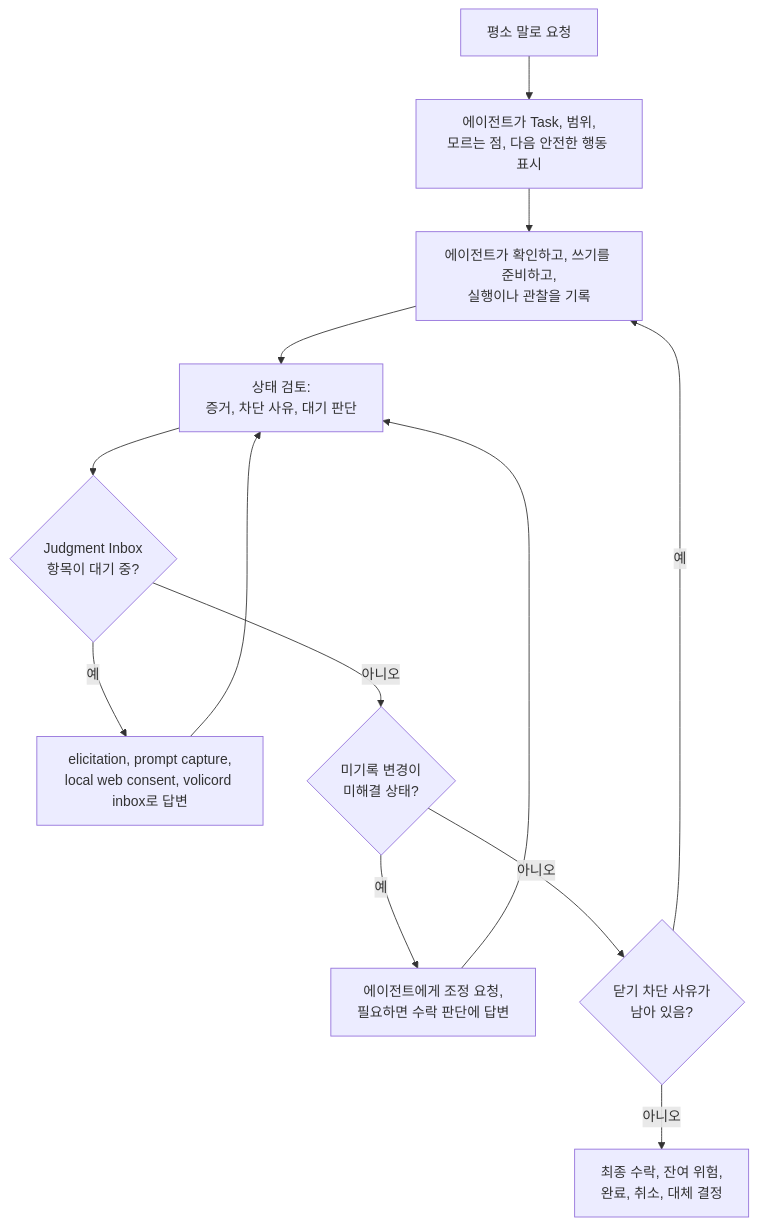
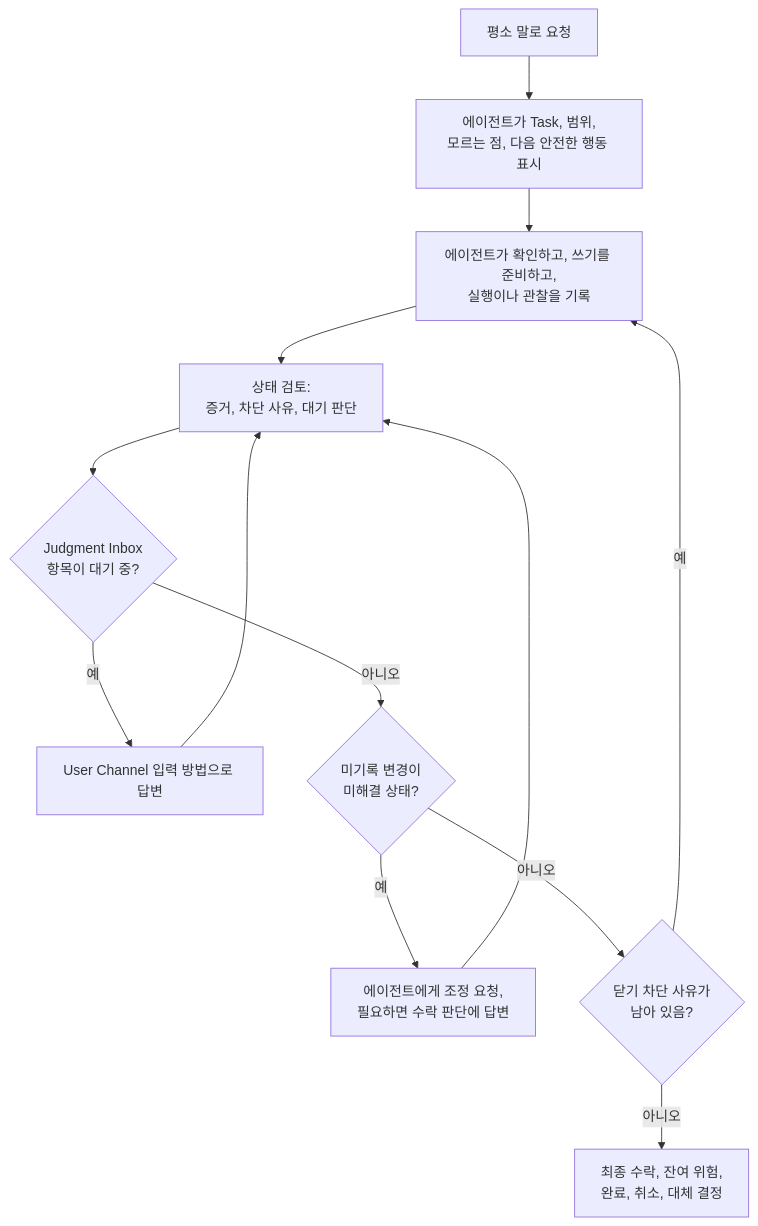
One commit to minjungw00/Volicord changed the first of 3 diagrams in docs/ko/guides/user-workflow.md. Above: the diagram before and after it, drawn with Mermaid. The commit also changed other lines of this file and 65 other files, not shown here.

````diff
--- a/docs/ko/guides/user-workflow.md
+++ b/docs/ko/guides/user-workflow.md
@@ -12,21 +12,21 @@
 ```mermaid
 flowchart TD
   ask["평소 말로 요청"]
   boundary["에이전트가 Task, 범위,<br/>모르는 점, 다음 안전한 행동 표시"]
   action["에이전트가 확인하고, 쓰기를 준비하고,<br/>실행이나 관찰을 기록"]
   status["상태 검토:<br/>증거, 차단 사유, 대기 판단"]
   judgment{"Judgment Inbox<br/>항목이 대기 중?"}
-  answer["elicitation, prompt capture,<br/>local web consent, volicord inbox로 답변"]
+  answer["User Channel 입력 방법으로 답변"]
   changes{"미기록 변경이<br/>미해결 상태?"}
   reconcile["에이전트에게 조정 요청,<br/>필요하면 수락 판단에 답변"]
   close{"닫기 차단 사유가<br/>남아 있음?"}
   finish["최종 수락, 잔여 위험,<br/>완료, 취소, 대체 결정"]
 
   ask --> boundary --> action --> status --> judgment
   judgment -- 예 --> answer --> status
   judgment -- 아니오 --> changes
   changes -- 예 --> reconcile --> status
   changes -- 아니오 --> close
   close -- 예 --> action
   close -- 아니오 --> finish
 ```
````
